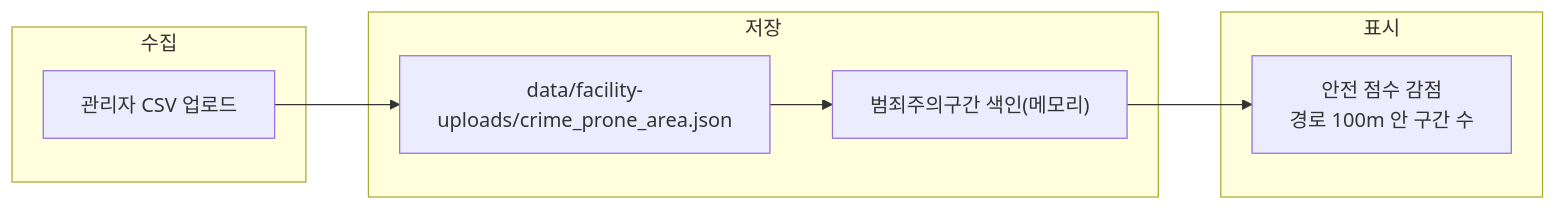
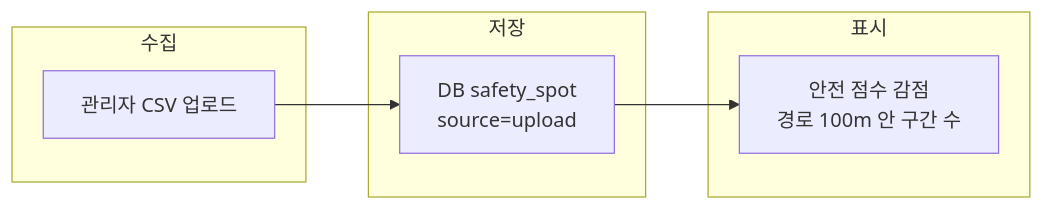
One commit to soo-ai-agent/bueongi-backend changed the diagram in docs/safety-spots/crime-prone-area.md. Above: the diagram before and after it, drawn with Mermaid. The commit also changed 11 other files, not shown here.

````diff
--- a/docs/safety-spots/crime-prone-area.md
+++ b/docs/safety-spots/crime-prone-area.md
@@ -34,14 +34,14 @@
 ```mermaid
 flowchart LR
     subgraph 수집
         A["관리자 CSV 업로드"]
     end
     subgraph 저장
-        B["data/facility-uploads/crime_prone_area.json"] --> C["범죄주의구간 색인(메모리)"]
+        B["DB safety_spot<br/>source=upload"]
     end
     subgraph 표시
         E["안전 점수 감점<br/>경로 100m 안 구간 수"]
     end
     A --> B
-    C --> E
+    B --> E
 ```
````
